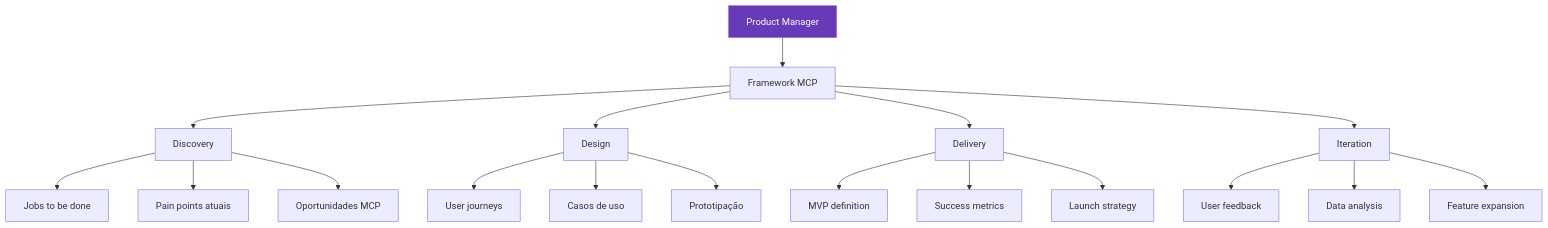
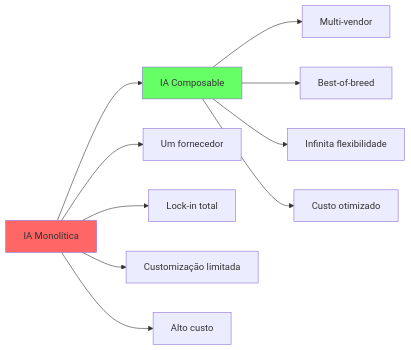
One commit to felipepimentel/my-public-notes changed diagram 11 of 25 in AI/Comunicação/MCP/00-mcp-presentation-product.md. Above: the diagram before and after it, drawn with Mermaid. The commit also changed other lines of this file, not shown here.

````diff
--- a/AI/Comunicação/MCP/00-mcp-presentation-product.md
+++ b/AI/Comunicação/MCP/00-mcp-presentation-product.md
@@ -359,26 +275,17 @@
 ```mermaid
-graph TD
-    PM[Product Manager] --> FRAMEWORK[Framework MCP]
+graph LR
+    MONO[IA Monolítica] --> COMP[IA Composable]
     
-    FRAMEWORK --> DISC[Discovery]
-    DISC --> D1[Jobs to be done]
-    DISC --> D2[Pain points atuais]
-    DISC --> D3[Oportunidades MCP]
+    MONO --> M1[Um fornecedor]
+    MONO --> M2[Lock-in total]
+    MONO --> M3[Customização limitada]
+    MONO --> M4[Alto custo]
     
-    FRAMEWORK --> DESIGN[Design]
-    DESIGN --> DE1[User journeys]
-    DESIGN --> DE2[Casos de uso]
-    DESIGN --> DE3[Prototipação]
+    COMP --> C1[Multi-vendor]
+    COMP --> C2[Best-of-breed]
+    COMP --> C3[Infinita flexibilidade]
+    COMP --> C4[Custo otimizado]
     
-    FRAMEWORK --> DELIVER[Delivery]
-    DELIVER --> DL1[MVP definition]
-    DELIVER --> DL2[Success metrics]
-    DELIVER --> DL3[Launch strategy]
-    
-    FRAMEWORK --> ITERATE[Iteration]
-    ITERATE --> I1[User feedback]
-    ITERATE --> I2[Data analysis]
-    ITERATE --> I3[Feature expansion]
-    
-    style PM fill:#673ab7,color:#fff
+    style MONO fill:#ff6666
+    style COMP fill:#66ff66
 ```
````
